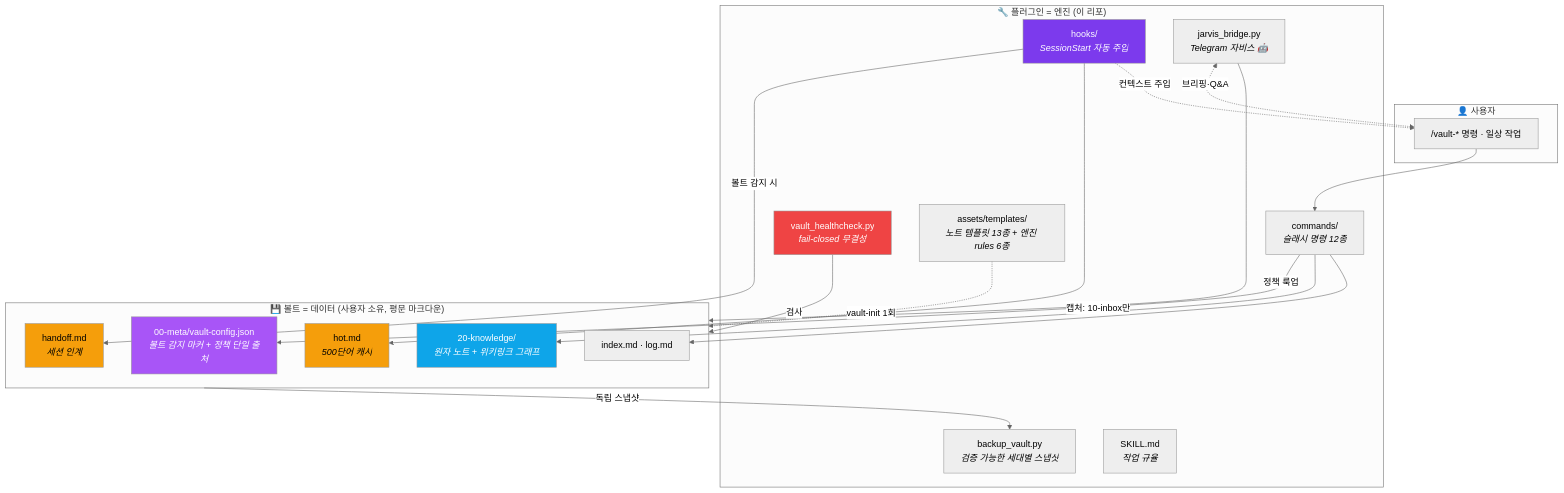
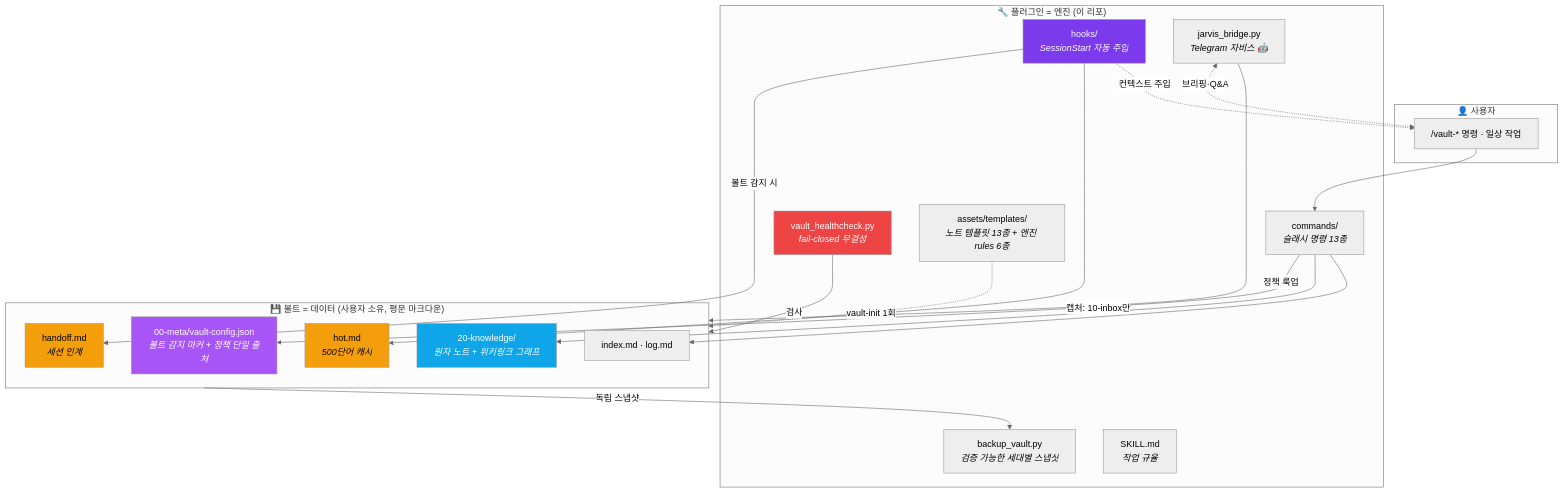
One commit to Technoetic/agentic-vault changed the second of 5 diagrams in README.md. Above: the diagram before and after it, drawn with Mermaid (neutral theme). The commit also changed other lines of this file and 17 other files, not shown here.

````diff
--- a/README.md
+++ b/README.md
@@ -120,44 +129,44 @@
 ```mermaid
 flowchart TB
     subgraph user["👤 사용자"]
         U["/vault-* 명령 · 일상 작업"]
     end
 
     subgraph plugin["🔧 플러그인 = 엔진 (이 리포)"]
-        CMD["commands/<br/><i>슬래시 명령 12종</i>"]
+        CMD["commands/<br/><i>슬래시 명령 13종</i>"]
         HOOK["hooks/<br/><i>SessionStart 자동 주입</i>"]
         HC["vault_healthcheck.py<br/><i>fail-closed 무결성</i>"]
         BK["backup_vault.py<br/><i>검증 가능한 세대별 스냅샷</i>"]
         JB["jarvis_bridge.py<br/><i>Telegram 자비스 🤖</i>"]
         TPL["assets/templates/<br/><i>노트 템플릿 13종 + 엔진 rules 6종</i>"]
         SK["SKILL.md<br/><i>작업 규율</i>"]
     end
 
     subgraph vault["💾 볼트 = 데이터 (사용자 소유, 평문 마크다운)"]
         CFG["00-meta/vault-config.json<br/><i>볼트 감지 마커 + 정책 단일 출처</i>"]
         HOT["hot.md<br/><i>500단어 캐시</i>"]
         HND["handoff.md<br/><i>세션 인계</i>"]
         IDX["index.md · log.md"]
         KNW["20-knowledge/<br/><i>원자 노트 + 위키링크 그래프</i>"]
     end
 
     U --> CMD
     TPL -.vault-init 1회.-> vault
     CMD -->|정책 룩업| CFG
     CMD --> KNW
     CMD --> IDX
     HOOK -->|볼트 감지 시| HND
     HOOK --> HOT
     HOOK -.컨텍스트 주입.-> U
     HC -->|검사| vault
     vault -->|독립 스냅샷| BK
     JB -->|캡처: 10-inbox만| vault
     JB <-.->|브리핑·Q&A| U
 
     style CFG fill:#A855F7,color:#fff
     style HOOK fill:#7C3AED,color:#fff
     style HC fill:#EF4444,color:#fff
     style HOT fill:#F59E0B,color:#000
     style HND fill:#F59E0B,color:#000
     style KNW fill:#0EA5E9,color:#fff
 ```
````
